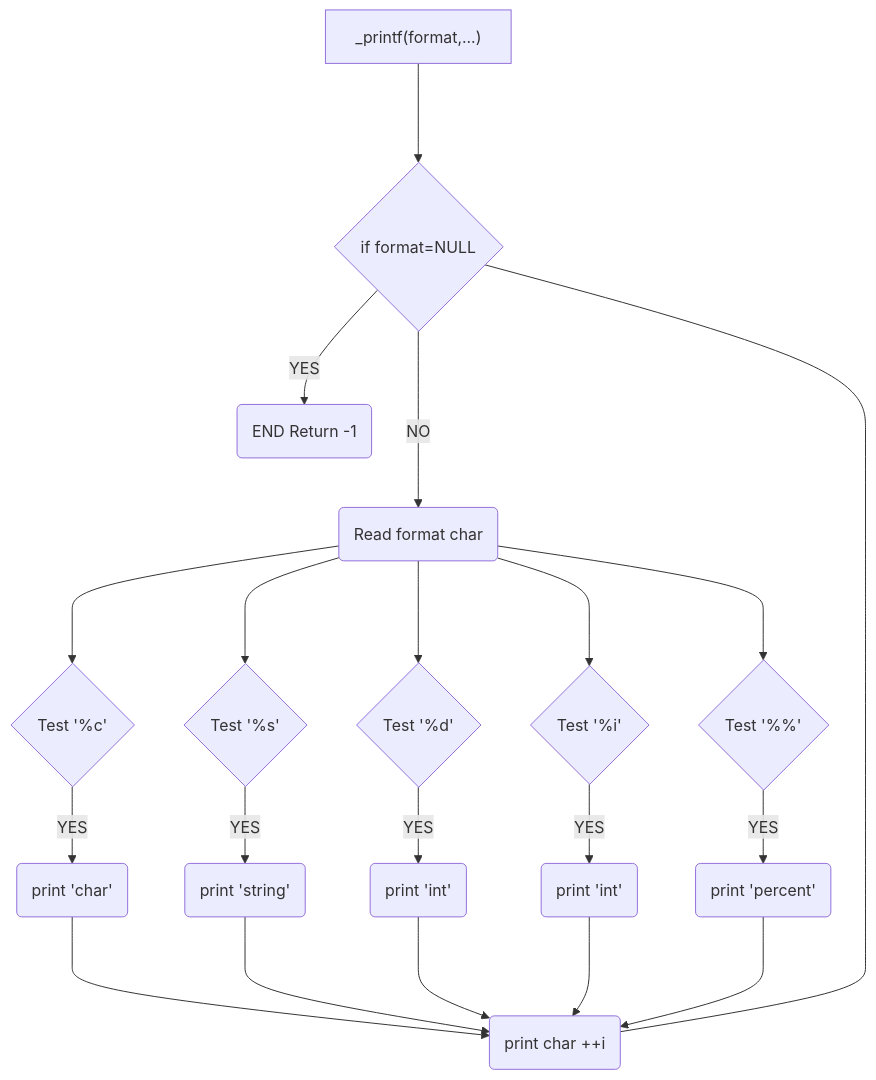
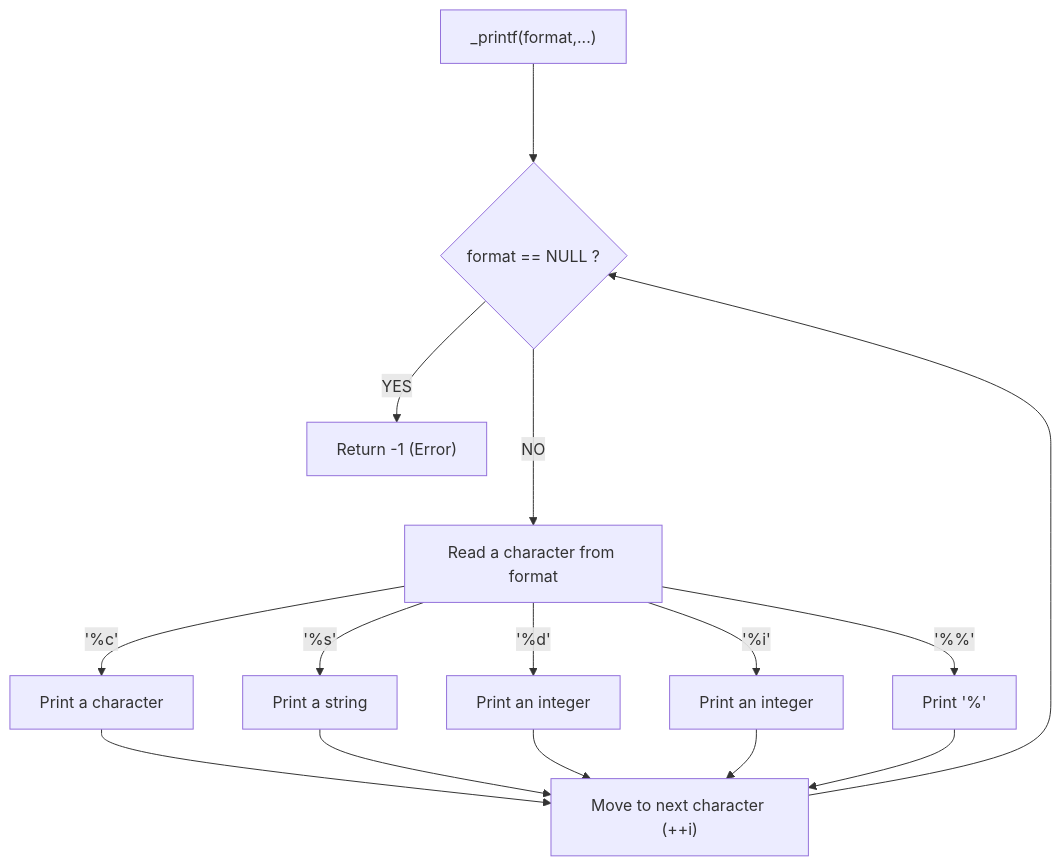
Before and after one commit to Genia888/holbertonschool-printf: the diagram in README.md, drawn with Mermaid.

Commit message:
readme update

````diff
--- a/README.md
+++ b/README.md
@@ -76,19 +76,16 @@
 ```mermaid
 flowchart TD
     A["_printf(format,...)"] 
-    A--->B{"if format=NULL"}
-    B -- YES --> I("END Return -1")
-    B -- NO ---> C("Read format char")
-    C ---> D{Test '%c'}
-    C ---> E{Test '%s' }
-    C ---> F{Test '%d'}
-    C ---> J{Test '%i'}
-    C ---> K{Test '%%'}
-    D -- YES --> 1(print 'char')
-    E -- YES --> 2(print 'string')
-    F -- YES --> 3(print 'int')
-    J -- YES --> 4(print 'int')
-    K -- YES --> 5(print 'percent')
-    1 & 2 & 3 & 4 & 5 ---> M(print char ++i)
-    B---M
+    A--->B{"format == NULL ?"}
+    B -- YES --> I["Return -1 (Error)"]
+    B -- NO ---> C["Read a character from format"]
+    
+    C -->|'%c'| D["Print a character"]
+    C -->|'%s'| E["Print a string"]
+    C -->|'%d'| F["Print an integer"]
+    C -->|'%i'| J["Print an integer"]
+    C -->|'%%'| K["Print '%'"]
+    
+    D & E & F & J & K --> M["Move to next character (++i)"]
+    M --> B
 ```
````
